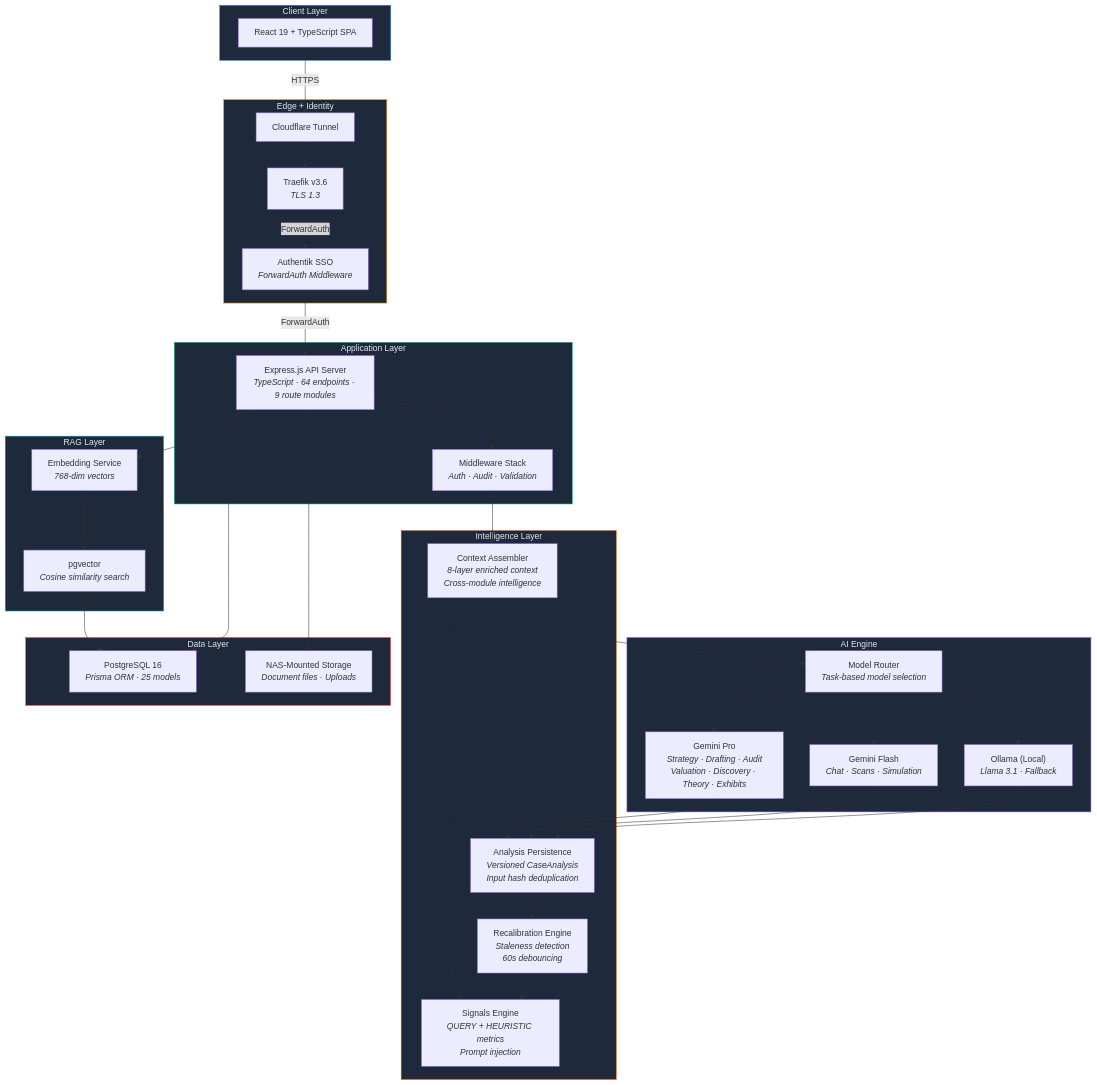
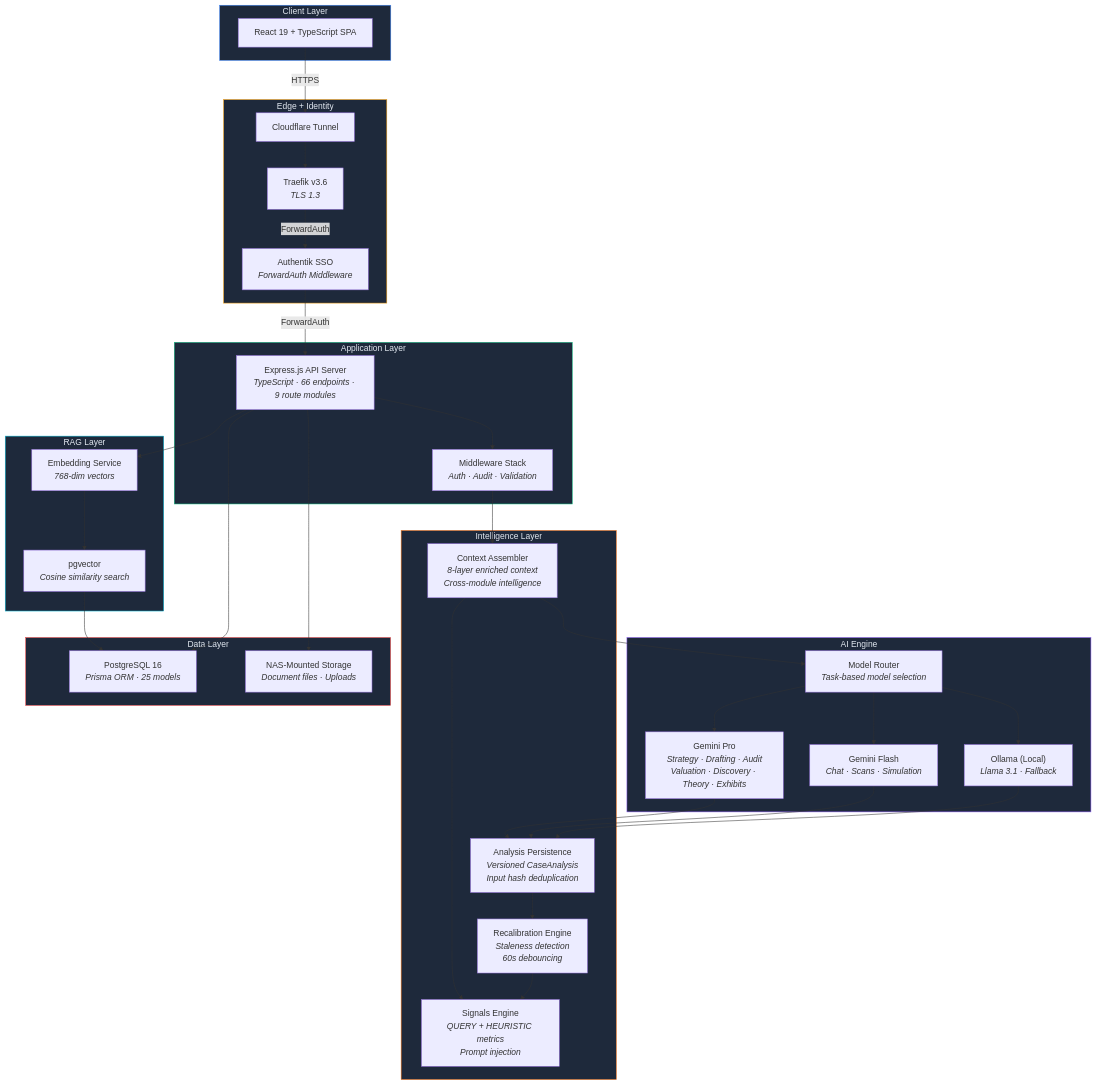
The first of 13 diagrams in ARCHITECTURE.md (EolaFam1828/AetherLegalIntelligence), drawn with Mermaid before and after one commit. The commit also changed other lines of this file and 7 other files, not shown here.

````diff
--- a/ARCHITECTURE.md
+++ b/ARCHITECTURE.md
@@ -42,64 +33,64 @@
 ```mermaid
 flowchart TB
     subgraph CLIENT["Client Layer"]
         UI["React 19 + TypeScript SPA"]
     end
 
     subgraph EDGE["Edge + Identity"]
         CF["Cloudflare Tunnel"]
         TR["Traefik v3.6<br/><i>TLS 1.3</i>"]
         AK["Authentik SSO<br/><i>ForwardAuth Middleware</i>"]
     end
 
     subgraph API["Application Layer"]
-        EX["Express.js API Server<br/><i>TypeScript · 64 endpoints · 9 route modules</i>"]
+        EX["Express.js API Server<br/><i>TypeScript · 66 endpoints · 9 route modules</i>"]
         MW["Middleware Stack<br/><i>Auth · Audit · Validation</i>"]
     end
 
     subgraph AI["AI Engine"]
         RT["Model Router<br/><i>Task-based model selection</i>"]
         G3P["Gemini Pro<br/><i>Strategy · Drafting · Audit<br/>Valuation · Discovery · Theory · Exhibits</i>"]
         G3F["Gemini Flash<br/><i>Chat · Scans · Simulation</i>"]
         OL["Ollama (Local)<br/><i>Llama 3.1 · Fallback</i>"]
     end
 
     subgraph INTEL["Intelligence Layer"]
         CTX["Context Assembler<br/><i>8-layer enriched context<br/>Cross-module intelligence</i>"]
         SIG["Signals Engine<br/><i>QUERY + HEURISTIC metrics<br/>Prompt injection</i>"]
         PERSIST["Analysis Persistence<br/><i>Versioned CaseAnalysis<br/>Input hash deduplication</i>"]
         RECAL["Recalibration Engine<br/><i>Staleness detection<br/>60s debouncing</i>"]
     end
 
     subgraph VECTOR["RAG Layer"]
         EMB["Embedding Service<br/><i>768-dim vectors</i>"]
         PGV["pgvector<br/><i>Cosine similarity search</i>"]
     end
 
     subgraph DATA["Data Layer"]
         PG["PostgreSQL 16<br/><i>Prisma ORM · 25 models</i>"]
         FS["NAS-Mounted Storage<br/><i>Document files · Uploads</i>"]
     end
 
     UI -->|HTTPS| CF
     CF --> TR
     TR -->|ForwardAuth| AK
     AK -->|ForwardAuth| EX
     EX --> MW --> CTX
     CTX --> SIG
     CTX --> RT
     RT --> G3P & G3F & OL
     G3P & G3F & OL --> PERSIST
     PERSIST --> RECAL
     EX --> EMB --> PGV
     PGV --> PG
     EX --> PG & FS
     RECAL --> SIG
 
     style CLIENT fill:#1e293b,stroke:#3b82f6,color:#e2e8f0
     style EDGE fill:#1e293b,stroke:#f59e0b,color:#e2e8f0
     style API fill:#1e293b,stroke:#10b981,color:#e2e8f0
     style AI fill:#1e293b,stroke:#8b5cf6,color:#e2e8f0
     style INTEL fill:#1e293b,stroke:#f97316,color:#e2e8f0
     style VECTOR fill:#1e293b,stroke:#06b6d4,color:#e2e8f0
     style DATA fill:#1e293b,stroke:#ef4444,color:#e2e8f0
 ```
````
